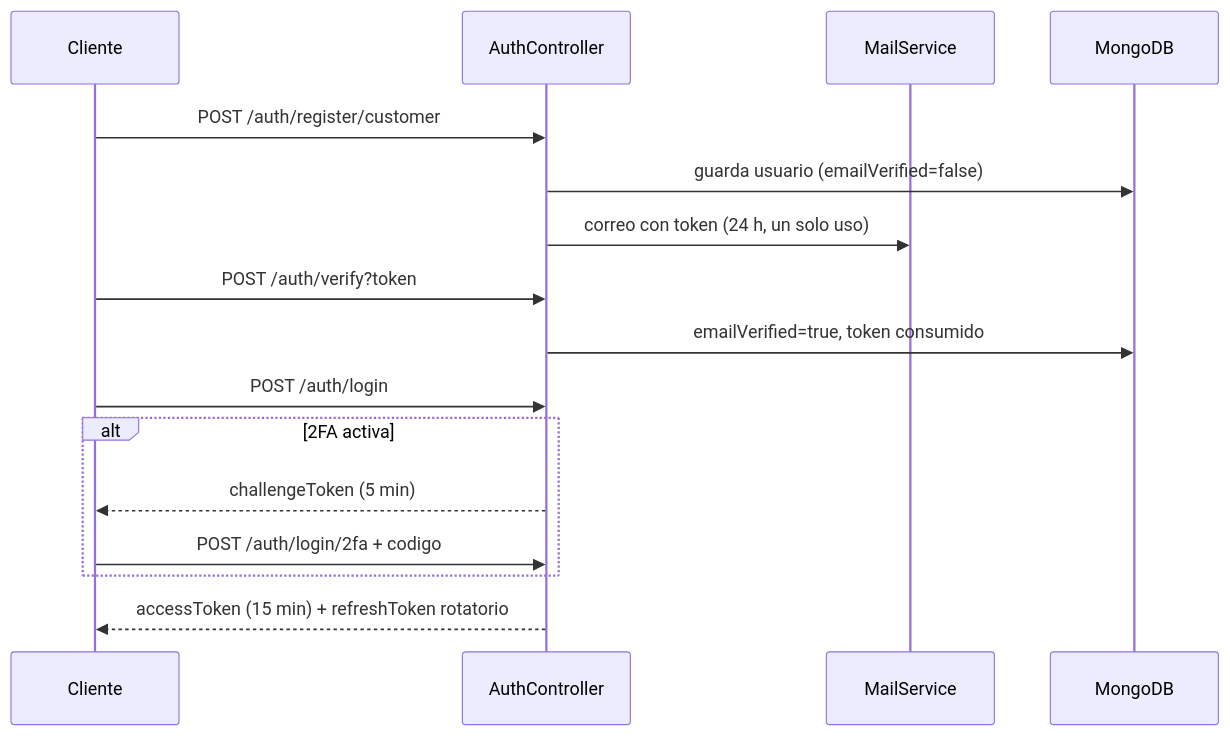
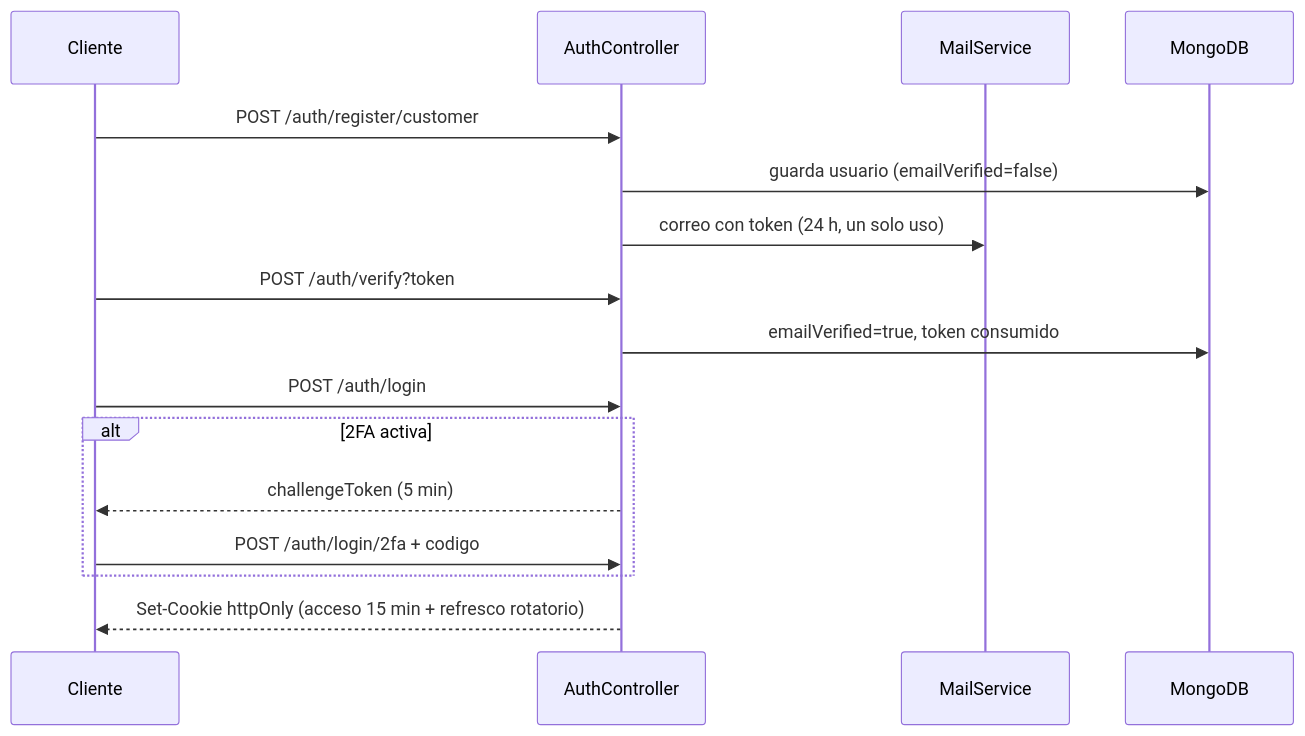
Before and after one commit to nikonikoni123/-ecommerce: the fourth of 9 diagrams in doc.md, drawn with Mermaid. The commit also changed other lines of this file and 19 other files, not shown here.

````diff
--- a/doc.md
+++ b/doc.md
@@ -309,19 +309,19 @@
 ```mermaid
 sequenceDiagram
     participant C as Cliente
     participant A as AuthController
     participant M as MailService
     participant D as MongoDB
 
     C->>A: POST /auth/register/customer
     A->>D: guarda usuario (emailVerified=false)
     A->>M: correo con token (24 h, un solo uso)
     C->>A: POST /auth/verify?token
     A->>D: emailVerified=true, token consumido
     C->>A: POST /auth/login
     alt 2FA activa
         A-->>C: challengeToken (5 min)
         C->>A: POST /auth/login/2fa + codigo
     end
-    A-->>C: accessToken (15 min) + refreshToken rotatorio
+    A-->>C: Set-Cookie httpOnly (acceso 15 min + refresco rotatorio)
 ```
````
